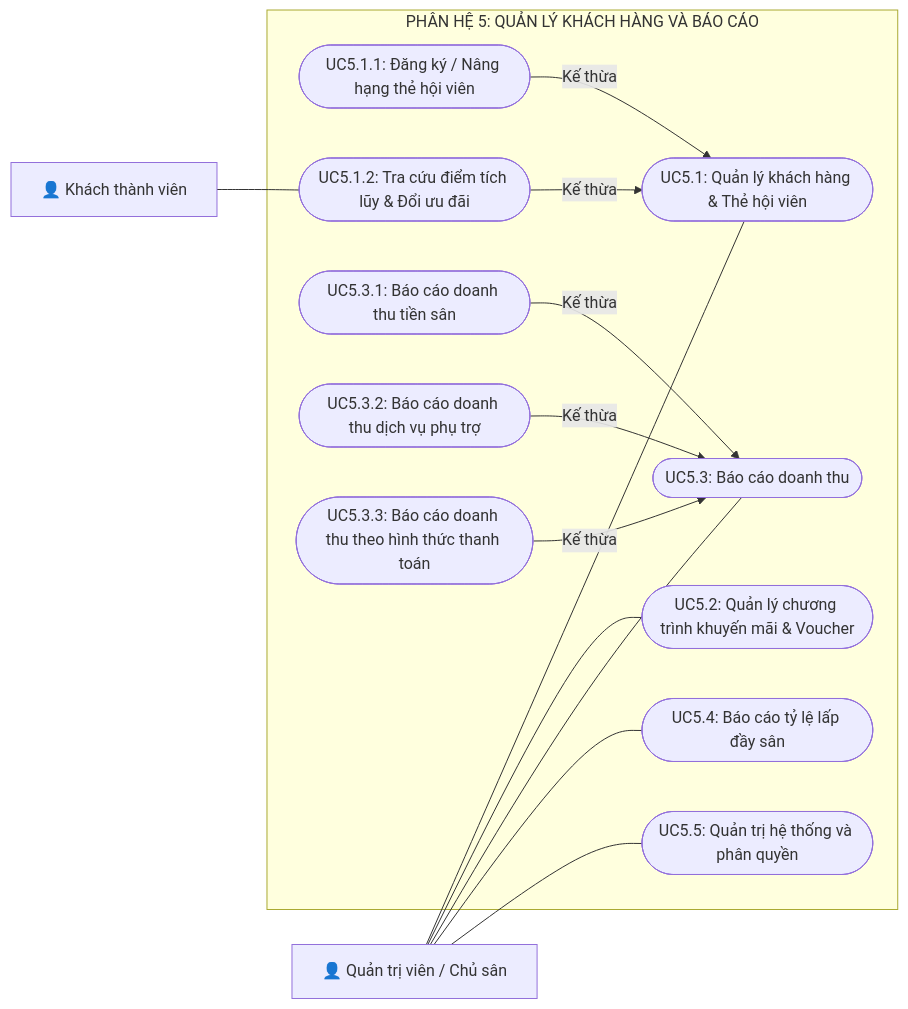
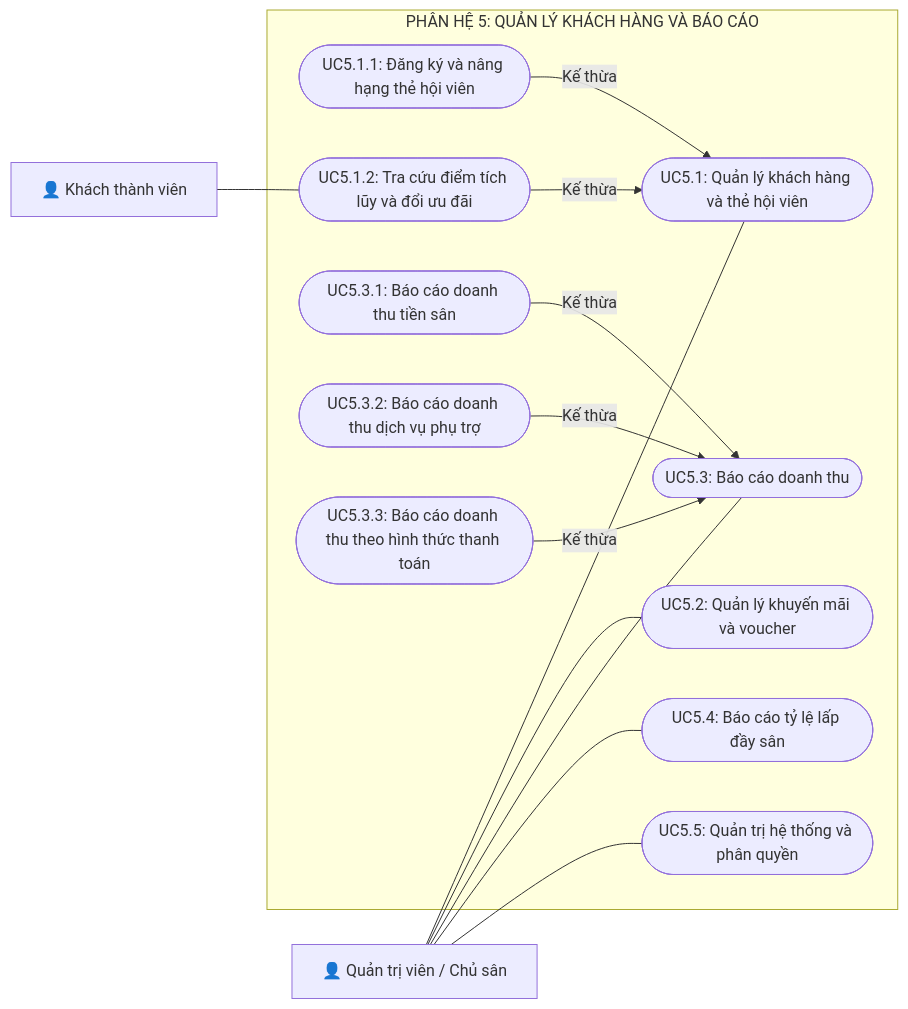
One commit to nphat-code/DoAn-OOAD-SGU changed the seventh of 7 diagrams in BTH/BTH3_UsecaseDiagram/BTH3_UsecaseDiagram.md. Above: the diagram before and after it, drawn with Mermaid. The commit also changed other lines of this file and 2 other files, not shown here.

````diff
--- a/BTH/BTH3_UsecaseDiagram/BTH3_UsecaseDiagram.md
+++ b/BTH/BTH3_UsecaseDiagram/BTH3_UsecaseDiagram.md
@@ -277,36 +277,36 @@
 ```mermaid
 flowchart LR
     Customer["👤 Khách thành viên"]
     Admin["👤 Quản trị viên / Chủ sân"]
 
     subgraph Subsystem5 ["PHÂN HỆ 5: QUẢN LÝ KHÁCH HÀNG VÀ BÁO CÁO"]
-        UC51(["UC5.1: Quản lý khách hàng & Thẻ hội viên"])
-        UC511(["UC5.1.1: Đăng ký / Nâng hạng thẻ hội viên"])
-        UC512(["UC5.1.2: Tra cứu điểm tích lũy & Đổi ưu đãi"])
+        UC51(["UC5.1: Quản lý khách hàng và thẻ hội viên"])
+        UC511(["UC5.1.1: Đăng ký và nâng hạng thẻ hội viên"])
+        UC512(["UC5.1.2: Tra cứu điểm tích lũy và đổi ưu đãi"])
 
-        UC52(["UC5.2: Quản lý chương trình khuyến mãi & Voucher"])
+        UC52(["UC5.2: Quản lý khuyến mãi và voucher"])
 
         UC53(["UC5.3: Báo cáo doanh thu"])
         UC531(["UC5.3.1: Báo cáo doanh thu tiền sân"])
         UC532(["UC5.3.2: Báo cáo doanh thu dịch vụ phụ trợ"])
         UC533(["UC5.3.3: Báo cáo doanh thu theo hình thức thanh toán"])
 
         UC54(["UC5.4: Báo cáo tỷ lệ lấp đầy sân"])
         UC55(["UC5.5: Quản trị hệ thống và phân quyền"])
     end
 
     Customer --- UC512
 
     Admin --- UC51
     Admin --- UC52
     Admin --- UC53
     Admin --- UC54
     Admin --- UC55
 
     UC511 -->|Kế thừa| UC51
     UC512 -->|Kế thừa| UC51
 
     UC531 -->|Kế thừa| UC53
     UC532 -->|Kế thừa| UC53
     UC533 -->|Kế thừa| UC53
 ```
````
